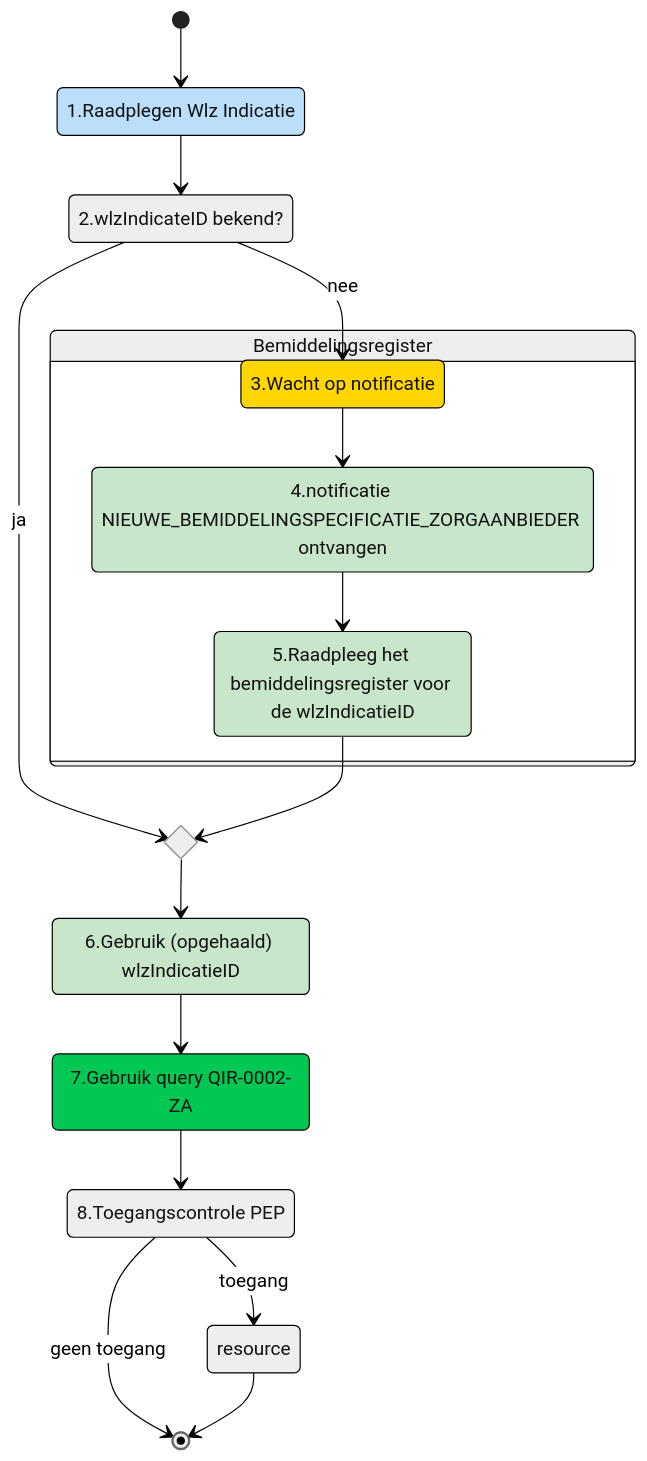
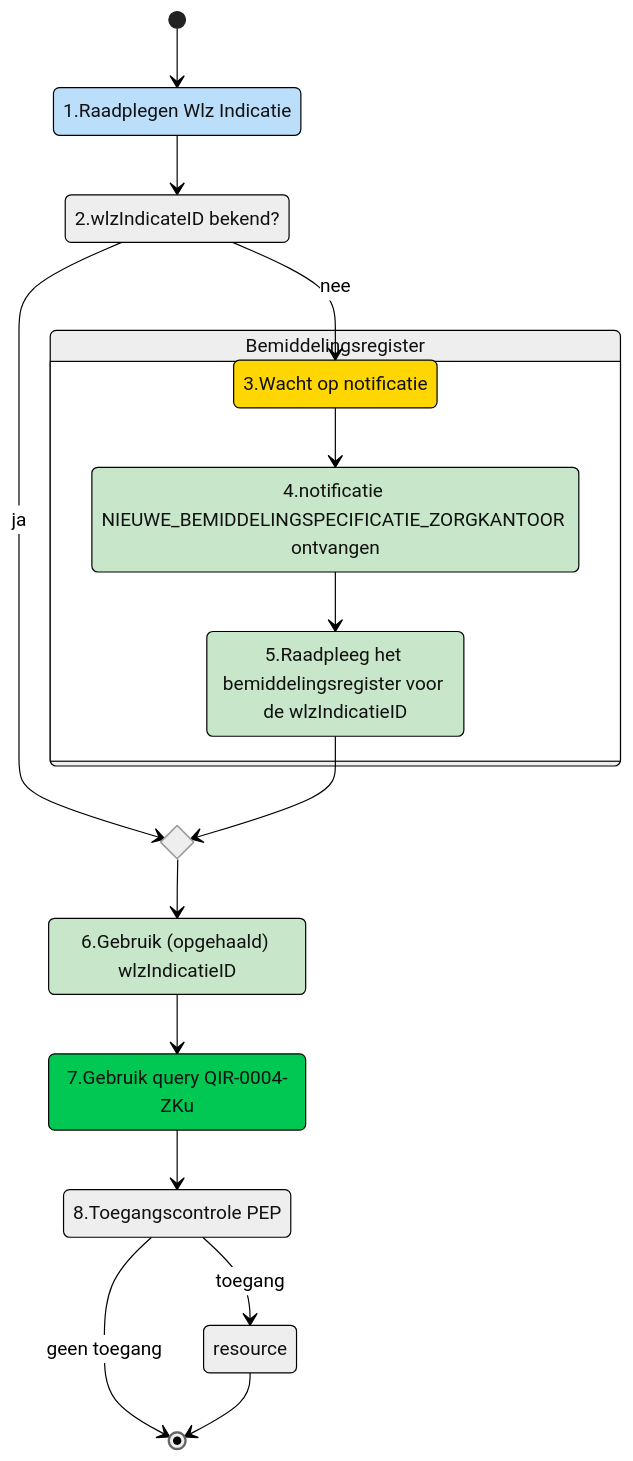
The second of 2 diagrams in raadplegen/zorgkantoor/UCIR-0004-raadplegen.md (iStandaarden/iWlz-indicatie), drawn with Mermaid before and after one commit. The commit also changed other lines of this file and 1 other file, not shown here.

````diff
--- a/raadplegen/zorgkantoor/UCIR-0004-raadplegen.md
+++ b/raadplegen/zorgkantoor/UCIR-0004-raadplegen.md
@@ -52,41 +53,41 @@
 ```mermaid
 ---
 config:
   theme: neutral
   look: classic
 ---
 stateDiagram
     [*] --> raadplegen
     state idAvailable <<choice>>
     
     raadplegen --> idAvailable
     idAvailable --> notifyWait: nee
     state register {
     notifyWait --> notifyReceive
     notifyReceive --> haalData
     }
     state chooseQuery <<choice>>
     idAvailable --> chooseQuery: ja
     haalData --> chooseQuery
     chooseQuery --> inputQuery
     inputQuery --> Query
     Query --> PEP 
     PEP --> [*]: geen toegang
     PEP --> resource: toegang
     resource --> [*]
 
     raadplegen: 1.Raadplegen Wlz Indicatie
     register: Bemiddelingsregister
     idAvailable: 2.wlzIndicateID bekend?
     notifyWait: 3.Wacht op notificatie
-    notifyReceive: 4.notificatie NIEUWE_BEMIDDELINGSPECIFICATIE_ZORGAANBIEDER ontvangen
+    notifyReceive: 4.notificatie NIEUWE_BEMIDDELINGSPECIFICATIE_ZORGKANTOOR ontvangen
     haalData: 5.Raadpleeg het bemiddelingsregister voor de wlzIndicatieID
     inputQuery: 6.Gebruik (opgehaald) wlzIndicatieID 
-    Query: 7.Gebruik query QIR-0002-ZA
+    Query: 7.Gebruik query QIR-0004-ZKu
     PEP: 8.Toegangscontrole PEP
 
   style notifyWait fill:#FFD600
   style raadplegen fill:#BBDEFB,color:none
   style notifyReceive,haalData,inputQuery fill:#C8E6C9
   style Query fill:#00C853
 ```
````
